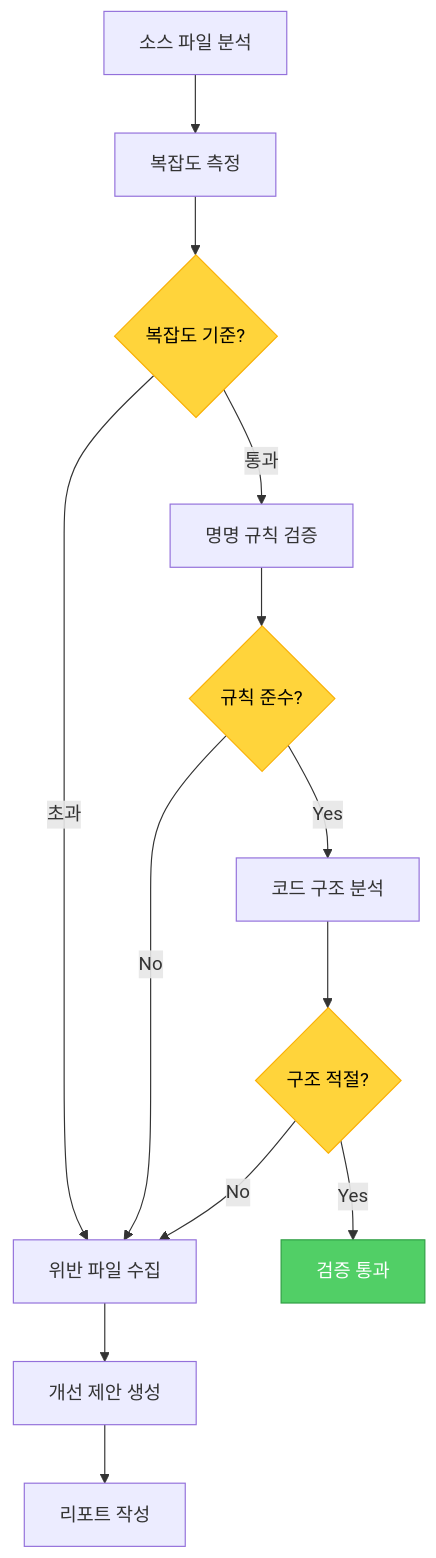
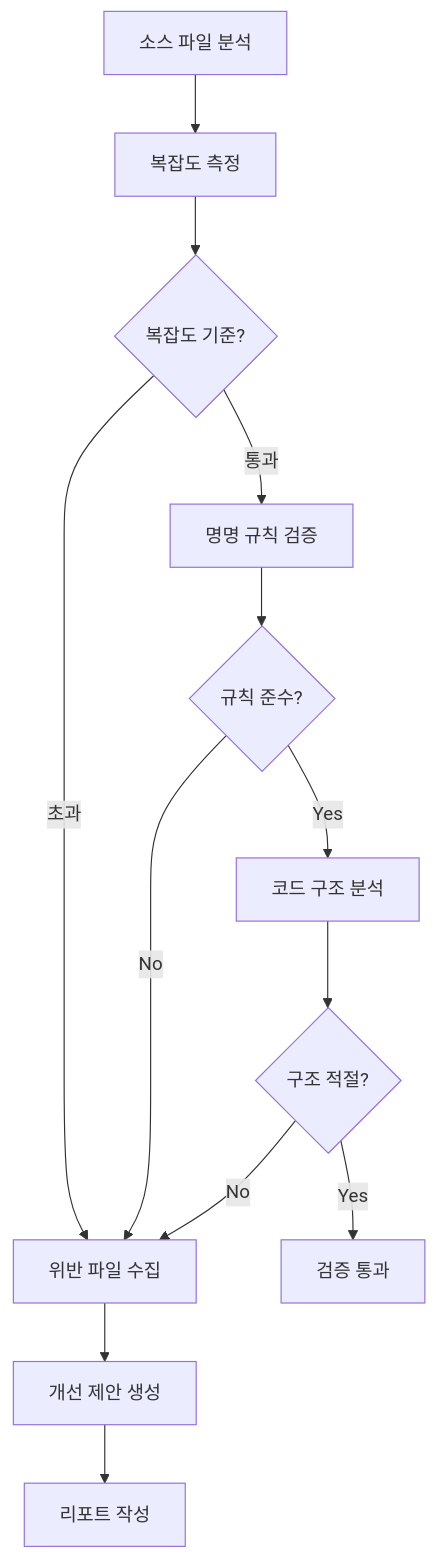
One commit to modu-ai/moai-adk changed the third of 8 diagrams in docs/claude/agents/trust-checker.md. Above: the diagram before and after it, drawn with Mermaid. The commit also changed other lines of this file and 299 other files, not shown here.

First line of the commit message:
🎨 feat: Mermaid 다크/라이트 테마 대응 + trust-checker 통합

````diff
--- a/docs/claude/agents/trust-checker.md
+++ b/docs/claude/agents/trust-checker.md
@@ -175,23 +168,19 @@
 ```mermaid
 graph TB
     A[소스 파일 분석] --> B[복잡도 측정]
     B --> C{복잡도 기준?}
     C -->|초과| D[위반 파일 수집]
     C -->|통과| E[명명 규칙 검증]
 
     E --> F{규칙 준수?}
     F -->|No| D
     F -->|Yes| G[코드 구조 분석]
 
     G --> H{구조 적절?}
     H -->|No| D
     H -->|Yes| I[검증 통과]
 
     D --> J[개선 제안 생성]
     J --> K[리포트 작성]
 
-    style C fill:#ffd43b,stroke:#fab005,color:#000
-    style F fill:#ffd43b,stroke:#fab005,color:#000
-    style H fill:#ffd43b,stroke:#fab005,color:#000
-    style I fill:#51cf66,stroke:#2f9e44,color:#fff
 ```
````
